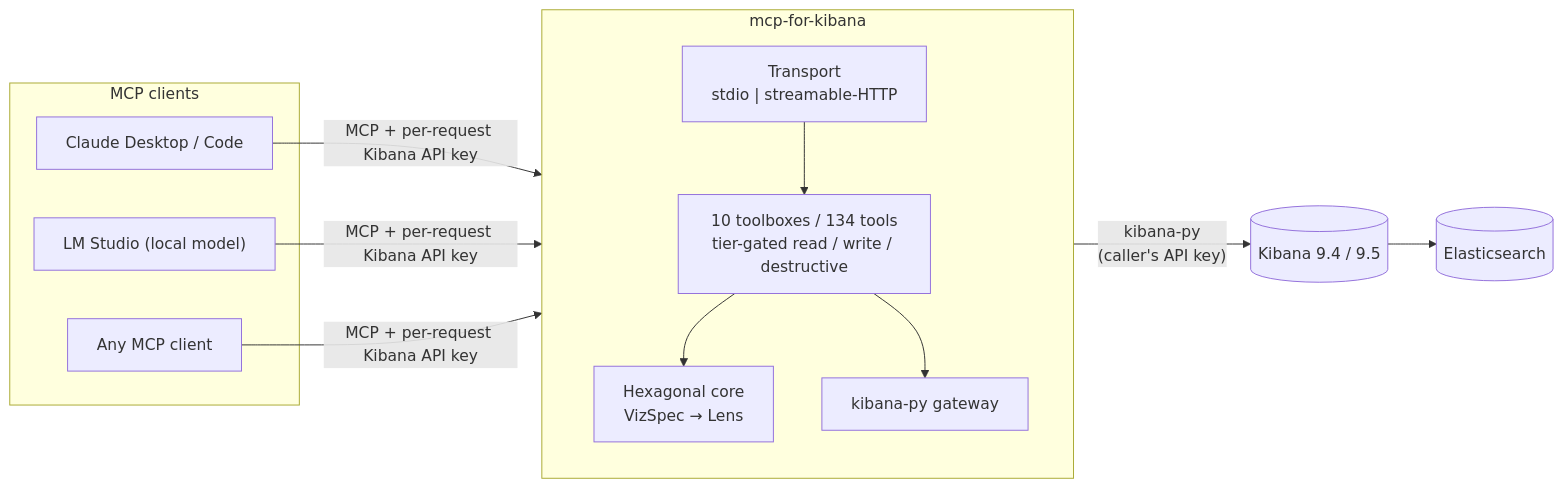
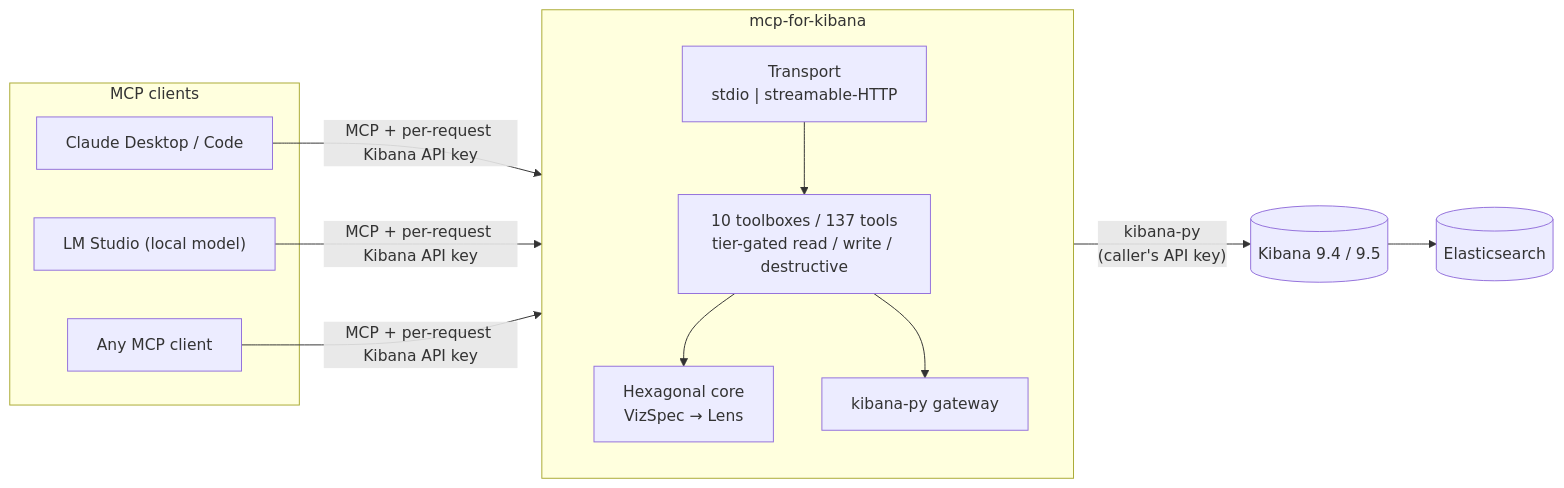
One commit to pedro-angel/mcp-for-kibana changed the first of 4 diagrams in docs/architecture.md. Above: the diagram before and after it, drawn with Mermaid. The commit also changed other lines of this file and 28 other files, not shown here.

````diff
--- a/docs/architecture.md
+++ b/docs/architecture.md
@@ -14,23 +14,23 @@
 ```mermaid
 flowchart LR
     subgraph clients["MCP clients"]
         Claude["Claude Desktop / Code"]
         LMS["LM Studio (local model)"]
         Other["Any MCP client"]
     end
     subgraph server["mcp-for-kibana"]
         direction TB
         Transport["Transport<br/>stdio | streamable-HTTP"]
-        Toolboxes["10 toolboxes / 134 tools<br/>tier-gated read / write / destructive"]
+        Toolboxes["10 toolboxes / 137 tools<br/>tier-gated read / write / destructive"]
         Core["Hexagonal core<br/>VizSpec → Lens"]
         Gateway["kibana-py gateway"]
         Transport --> Toolboxes --> Core
         Toolboxes --> Gateway
     end
     ES[("Elasticsearch")]
     Kibana[("Kibana 9.4 / 9.5")]
 
     Claude & LMS & Other -->|"MCP + per-request Kibana API key"| Transport
     Gateway -->|"kibana-py<br/>(caller's API key)"| Kibana
     Kibana --> ES
 ```
````
